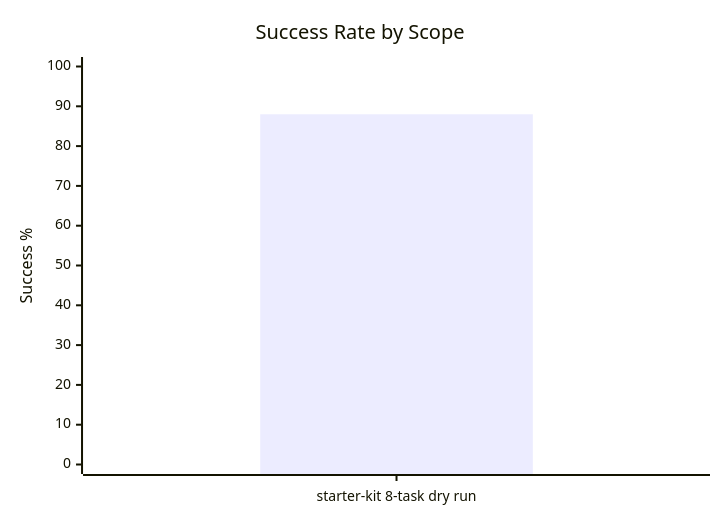
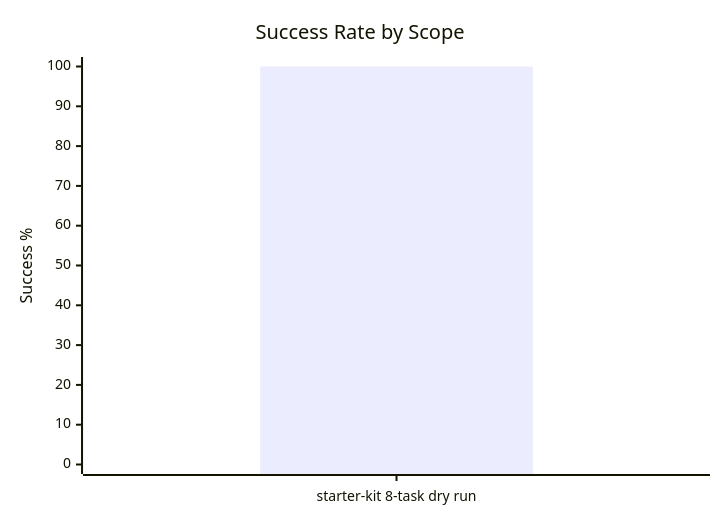
The diagram in README.md (harnessworks/harness-agent-benchmark-runner), drawn with Mermaid before and after one commit. The commit also changed other lines of this file and 2 other files, not shown here.

````diff
--- a/README.md
+++ b/README.md
@@ -28,7 +28,7 @@
 ```mermaid
 xychart-beta
     title "Success Rate by Scope"
     x-axis ["starter-kit 8-task dry run"]
     y-axis "Success %" 0 --> 100
-    bar [88]
+    bar [100]
 ```
````
